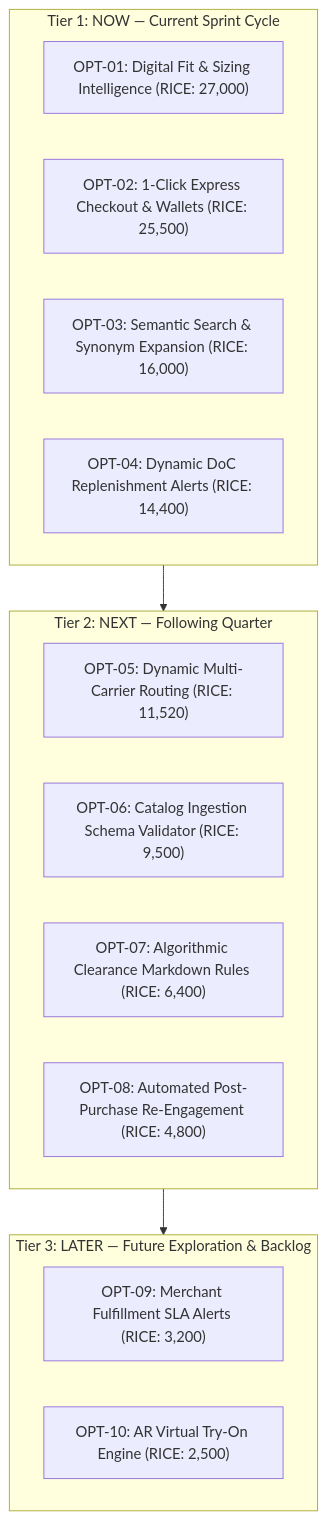
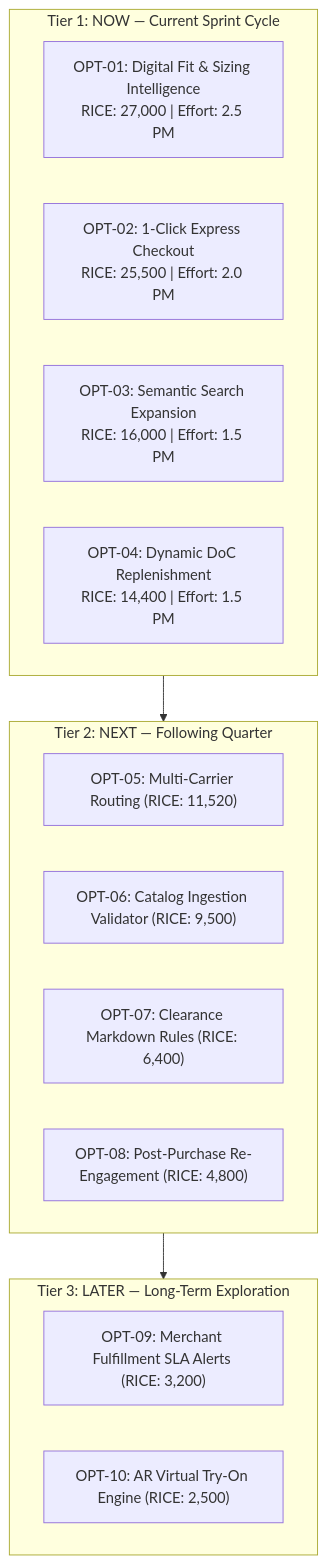
One commit to PrinceNsut27/ThreadIQ changed the first of 2 diagrams in docs/product/rice_prioritisation.md. Above: the diagram before and after it, drawn with Mermaid. The commit also changed other lines of this file and 21 other files, not shown here.

````diff
--- a/docs/product/rice_prioritisation.md
+++ b/docs/product/rice_prioritisation.md
@@ -47,23 +47,23 @@
 ```mermaid
 flowchart TD
     subgraph NOW [Tier 1: NOW — Current Sprint Cycle]
-        N1["OPT-01: Digital Fit & Sizing Intelligence (RICE: 27,000)"]
-        N2["OPT-02: 1-Click Express Checkout & Wallets (RICE: 25,500)"]
-        N3["OPT-03: Semantic Search & Synonym Expansion (RICE: 16,000)"]
-        N4["OPT-04: Dynamic DoC Replenishment Alerts (RICE: 14,400)"]
+        N1["OPT-01: Digital Fit & Sizing Intelligence<br>RICE: 27,000 | Effort: 2.5 PM"]
+        N2["OPT-02: 1-Click Express Checkout<br>RICE: 25,500 | Effort: 2.0 PM"]
+        N3["OPT-03: Semantic Search Expansion<br>RICE: 16,000 | Effort: 1.5 PM"]
+        N4["OPT-04: Dynamic DoC Replenishment<br>RICE: 14,400 | Effort: 1.5 PM"]
     end
 
     subgraph NEXT [Tier 2: NEXT — Following Quarter]
-        X1["OPT-05: Dynamic Multi-Carrier Routing (RICE: 11,520)"]
-        X2["OPT-06: Catalog Ingestion Schema Validator (RICE: 9,500)"]
-        X3["OPT-07: Algorithmic Clearance Markdown Rules (RICE: 6,400)"]
-        X4["OPT-08: Automated Post-Purchase Re-Engagement (RICE: 4,800)"]
+        X1["OPT-05: Multi-Carrier Routing (RICE: 11,520)"]
+        X2["OPT-06: Catalog Ingestion Validator (RICE: 9,500)"]
+        X3["OPT-07: Clearance Markdown Rules (RICE: 6,400)"]
+        X4["OPT-08: Post-Purchase Re-Engagement (RICE: 4,800)"]
     end
 
-    subgraph LATER [Tier 3: LATER — Future Exploration & Backlog]
+    subgraph LATER [Tier 3: LATER — Long-Term Exploration]
         L1["OPT-09: Merchant Fulfillment SLA Alerts (RICE: 3,200)"]
         L2["OPT-10: AR Virtual Try-On Engine (RICE: 2,500)"]
     end
 
     NOW --> NEXT --> LATER
 ```
````
